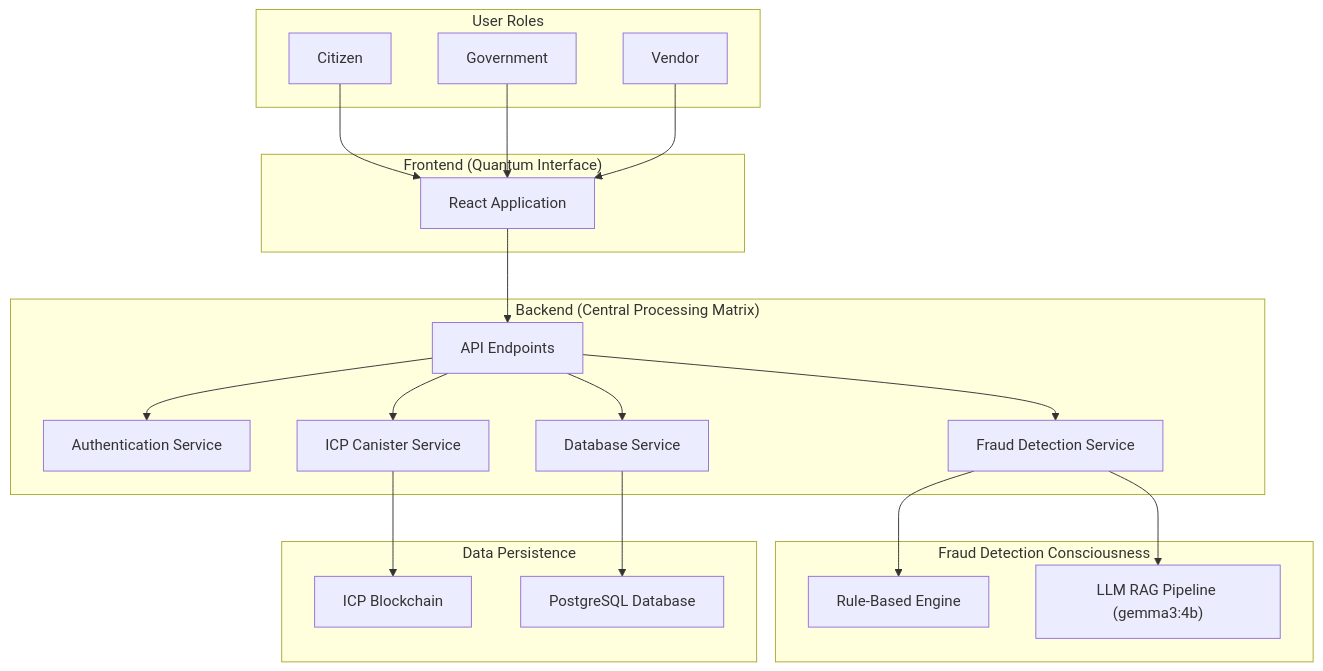
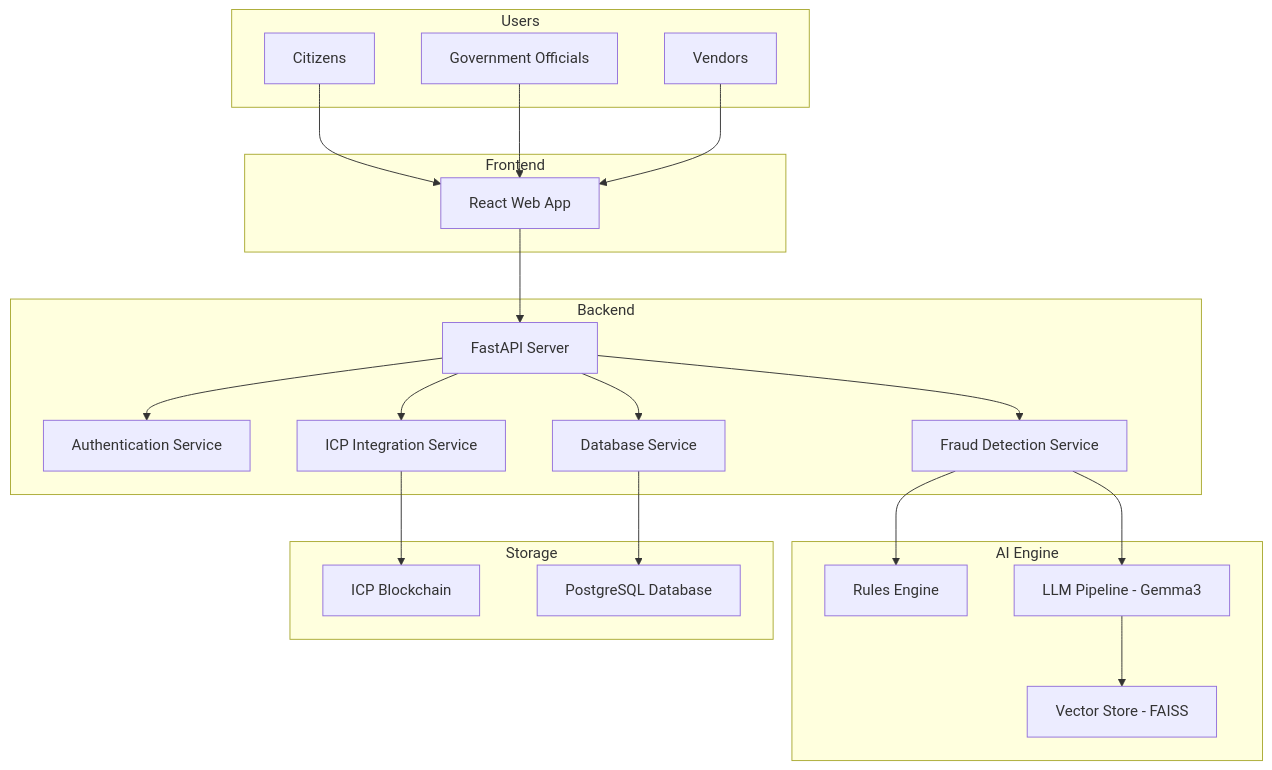
The diagram in README.md (nikhlu07/H.E.L.I.X), drawn with Mermaid before and after one commit. The commit also changed other lines of this file and 1 other file, not shown here.

````diff
--- a/README.md
+++ b/README.md
@@ -102,47 +164,45 @@
 ```mermaid
-graph TD
-    subgraph "User Roles"
-        A[Citizen]
-        B[Government]
-        C[Vendor]
+graph TB
+    subgraph Users
+        A[Citizens]
+        B[Government Officials]
+        C[Vendors]
     end
 
-    subgraph "Frontend (Quantum Interface)"
-        D[React Application]
+    subgraph Frontend
+        D[React Web App]
     end
 
-    subgraph "Backend (Central Processing Matrix)"
-        E[API Endpoints]
+    subgraph Backend
+        E[FastAPI Server]
         F[Authentication Service]
         G[Fraud Detection Service]
-        H[ICP Canister Service]
+        H[ICP Integration Service]
         I[Database Service]
     end
 
-    subgraph "Fraud Detection Consciousness"
-        J[Rule-Based Engine]
-        K["LLM RAG Pipeline (gemma3:4b)"]
+    subgraph AI Engine
+        J[Rules Engine]
+        K[LLM Pipeline - Gemma3]
+        L[Vector Store - FAISS]
     end
 
-    subgraph "Data Persistence"
-        L[ICP Blockchain]
-        M[PostgreSQL Database]
+    subgraph Storage
+        M[ICP Blockchain]
+        N[PostgreSQL Database]
     end
 
     A --> D
     B --> D
     C --> D
-
     D --> E
-
     E --> F
     E --> G
     E --> H
     E --> I
-
     G --> J
     G --> K
-
-    H --> L
-    I --> M
+    K --> L
+    H --> M
+    I --> N
 ```
````
